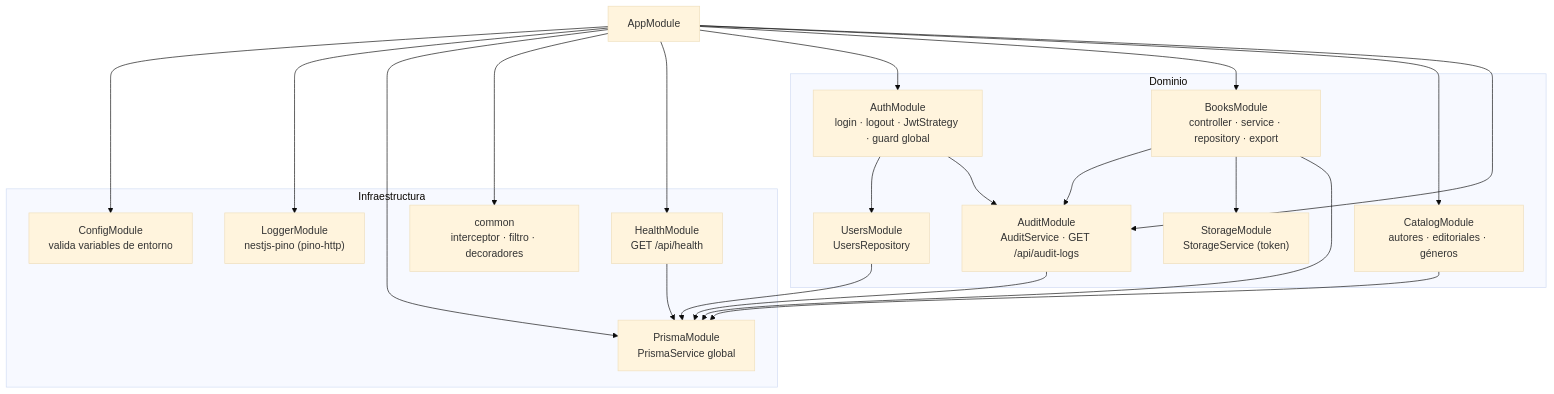
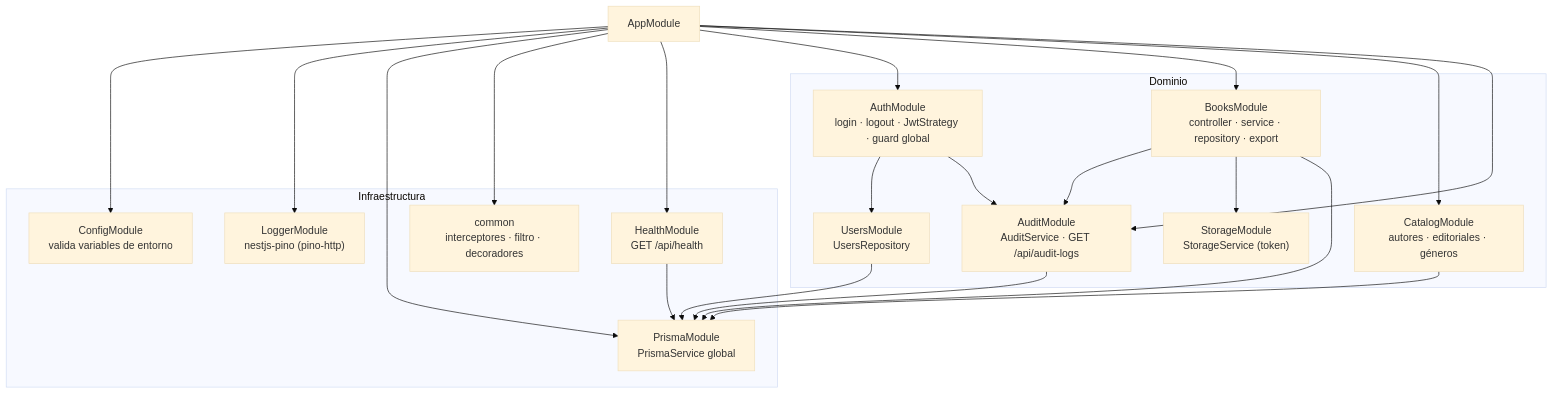
The second of 3 diagrams in docs/architecture.md (erikjara/cmpc-libros), drawn with Mermaid (base theme) before and after one commit. The commit also changed other lines of this file and 3 other files, not shown here.

````diff
--- a/docs/architecture.md
+++ b/docs/architecture.md
@@ -52,33 +52,33 @@
 ```mermaid
 flowchart TD
     app["AppModule"]
 
     subgraph infra["Infraestructura"]
         config["ConfigModule<br/>valida variables de entorno"]
         logger["LoggerModule<br/>nestjs-pino (pino-http)"]
         prisma["PrismaModule<br/>PrismaService global"]
-        common["common<br/>interceptor · filtro · decoradores"]
+        common["common<br/>interceptores · filtro · decoradores"]
         health["HealthModule<br/>GET /api/health"]
     end
 
     subgraph dominio["Dominio"]
         auth["AuthModule<br/>login · logout · JwtStrategy · guard global"]
         users["UsersModule<br/>UsersRepository"]
         books["BooksModule<br/>controller · service · repository · export"]
         catalog["CatalogModule<br/>autores · editoriales · géneros"]
         audit["AuditModule<br/>AuditService · GET /api/audit-logs"]
         storage["StorageModule<br/>StorageService (token)"]
     end
 
     app --> config & logger & prisma & common & health
     app --> auth & books & catalog & audit
     auth --> users
     auth --> audit
     books --> audit
     books --> storage
     users --> prisma
     books --> prisma
     catalog --> prisma
     audit --> prisma
     health --> prisma
 ```
````
